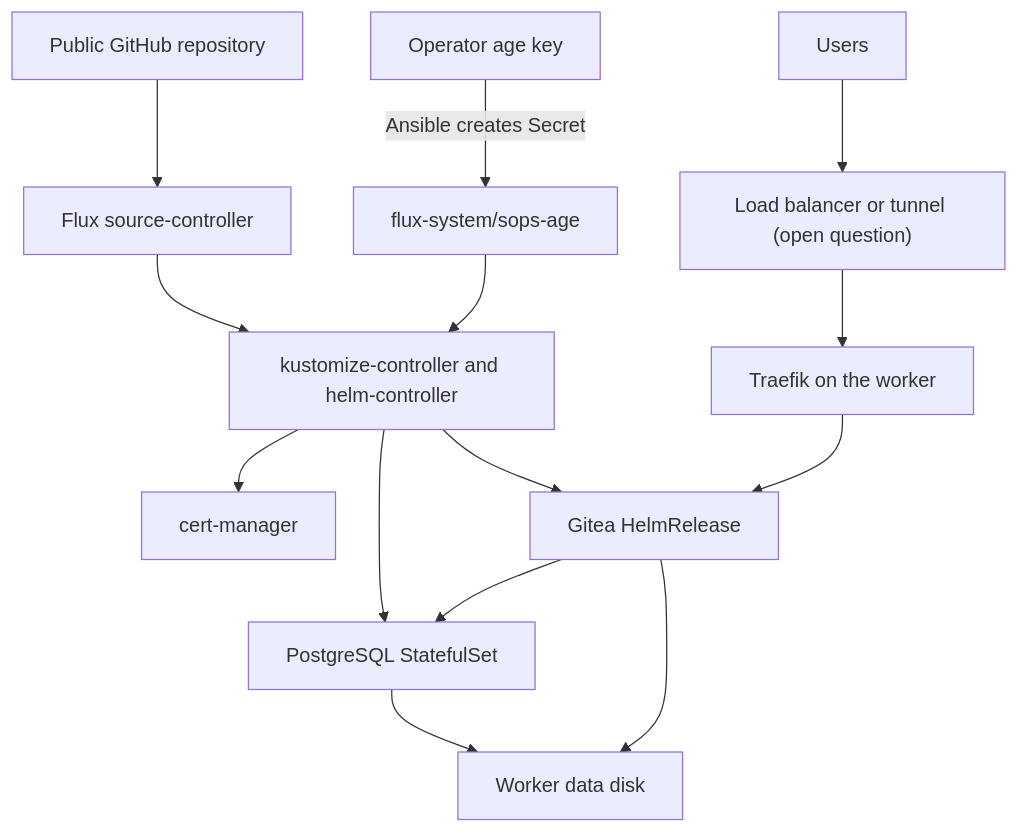
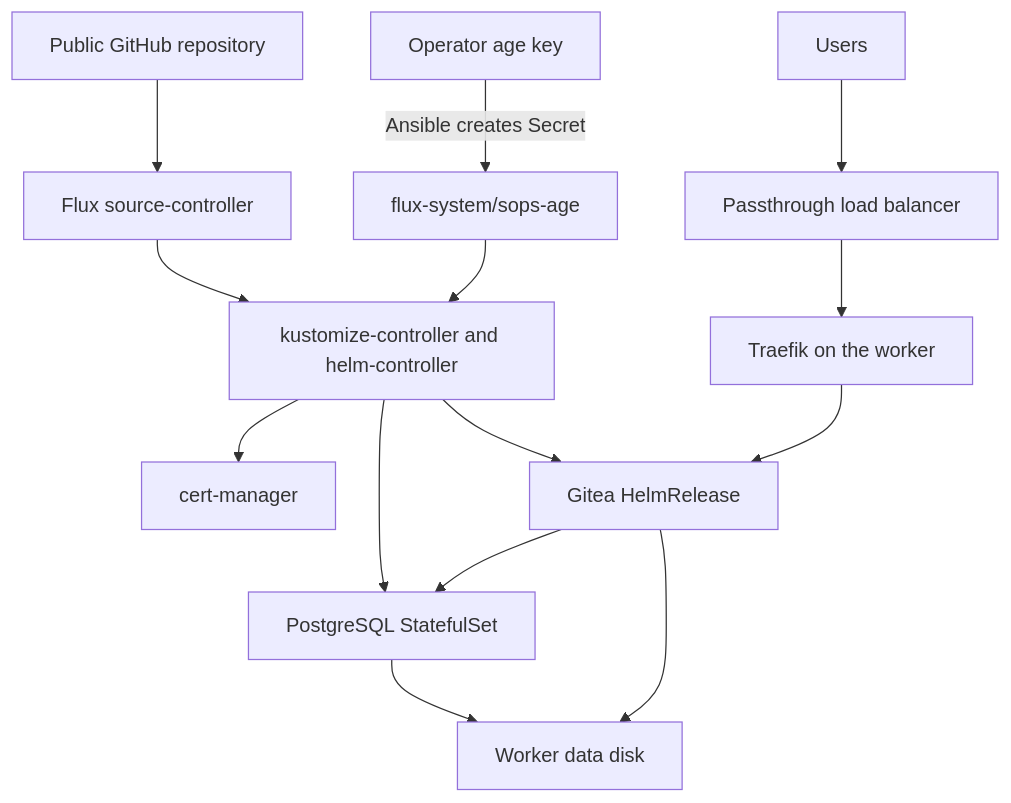
One commit to sindredg/k8s-dr changed the diagram in docs/decisions/0006-service-deployment-architecture.md. Above: the diagram before and after it, drawn with Mermaid. The commit also changed other lines of this file and 3 other files, not shown here.

First line of the commit message:
docs: accept the milestone 3 service architecture

````diff
--- a/docs/decisions/0006-service-deployment-architecture.md
+++ b/docs/decisions/0006-service-deployment-architecture.md
@@ -99,16 +99,16 @@
 ```mermaid
 flowchart TD
     GH["Public GitHub repository"] --> F["Flux source-controller"]
     K["Operator age key"] -->|Ansible creates Secret| S["flux-system/sops-age"]
     F --> KC["kustomize-controller and helm-controller"]
     S --> KC
     KC --> CM["cert-manager"]
     KC --> PG["PostgreSQL StatefulSet"]
     KC --> GT["Gitea HelmRelease"]
-    U["Users"] --> LB["Load balancer or tunnel (open question)"]
+    U["Users"] --> LB["Passthrough load balancer"]
     LB --> T["Traefik on the worker"]
     T --> GT
     GT --> PG
     PG --> D["Worker data disk"]
     GT --> D
 ```
````
